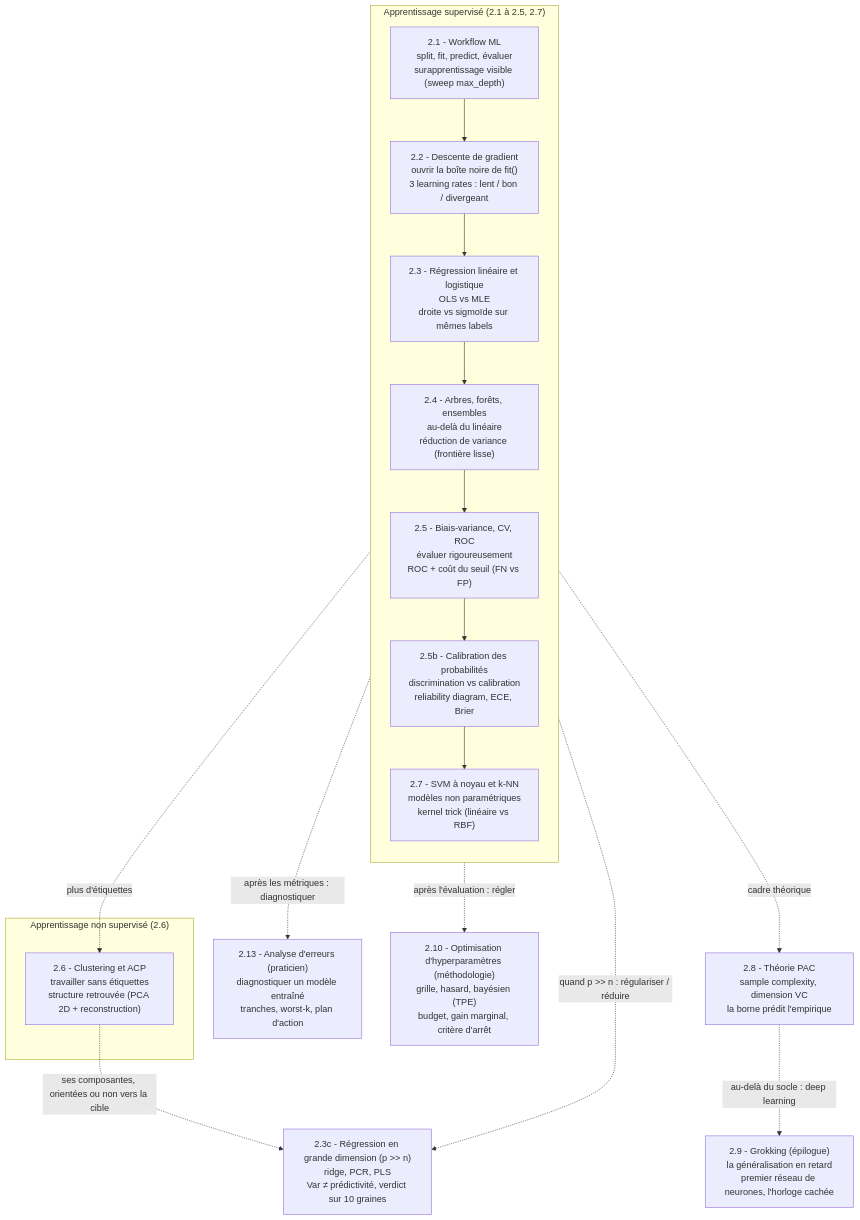
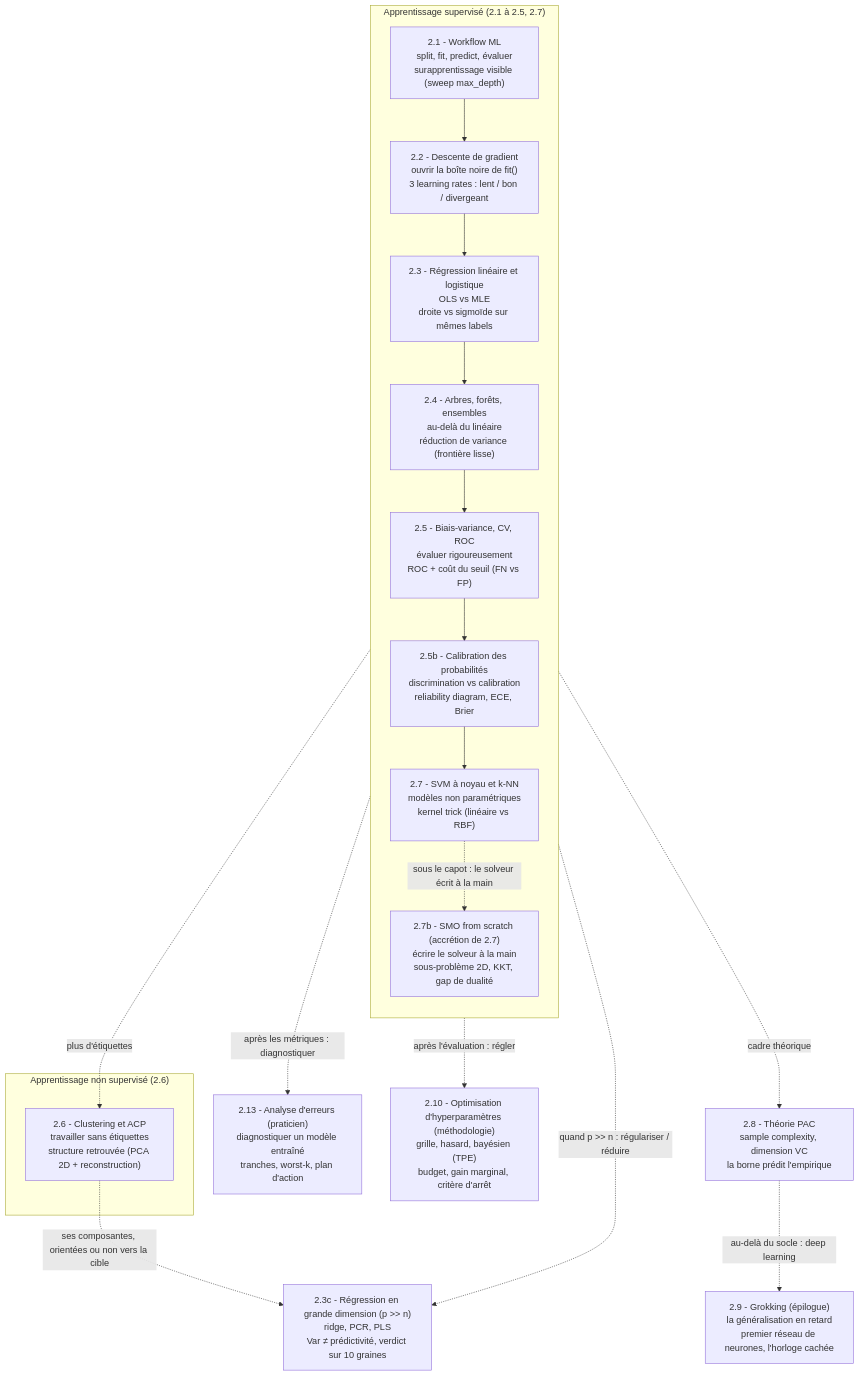
One commit to jsboige/CoursIA changed the diagram in MyIA.AI.Notebooks/ML/DataScienceWithAgents/02-ML-Cours/README.md. Above: the diagram before and after it, drawn with Mermaid. The commit also changed other lines of this file and 2 other files, not shown here.

First line of the commit message:
docs(ml,#16061): galerie, manifeste et navigation pour 2.7b SMO from scratch

````diff
--- a/MyIA.AI.Notebooks/ML/DataScienceWithAgents/02-ML-Cours/README.md
+++ b/MyIA.AI.Notebooks/ML/DataScienceWithAgents/02-ML-Cours/README.md
@@ -90,29 +95,31 @@
 ```mermaid
 flowchart TD
     subgraph SUP["Apprentissage supervisé (2.1 à 2.5, 2.7)"]
       direction TB
       A["2.1 - Workflow ML<br/>split, fit, predict, évaluer<br/>surapprentissage visible (sweep max_depth)"]
       B["2.2 - Descente de gradient<br/>ouvrir la boîte noire de fit()<br/>3 learning rates : lent / bon / divergeant"]
       C["2.3 - Régression linéaire et logistique<br/>OLS vs MLE<br/>droite vs sigmoïde sur mêmes labels"]
       D["2.4 - Arbres, forêts, ensembles<br/>au-delà du linéaire<br/>réduction de variance (frontière lisse)"]
       E["2.5 - Biais-variance, CV, ROC<br/>évaluer rigoureusement<br/>ROC + coût du seuil (FN vs FP)"]
       E2["2.5b - Calibration des probabilités<br/>discrimination vs calibration<br/>reliability diagram, ECE, Brier"]
       G["2.7 - SVM à noyau et k-NN<br/>modèles non paramétriques<br/>kernel trick (linéaire vs RBF)"]
+      M["2.7b - SMO from scratch (accrétion de 2.7)<br/>écrire le solveur à la main<br/>sous-problème 2D, KKT, gap de dualité"]
       A --> B --> C --> D --> E --> E2 --> G
+      G -. "sous le capot : le solveur écrit à la main" .-> M
     end
     subgraph UNSUP["Apprentissage non supervisé (2.6)"]
       F["2.6 - Clustering et ACP<br/>travailler sans étiquettes<br/>structure retrouvée (PCA 2D + reconstruction)"]
     end
     H["2.8 - Théorie PAC<br/>sample complexity, dimension VC<br/>la borne prédit l'empirique"]
     I["2.9 - Grokking (épilogue)<br/>la généralisation en retard<br/>premier réseau de neurones, l'horloge cachée"]
     E -. "plus d'étiquettes" .-> F
     E -. "cadre théorique" .-> H
     H -. "au-delà du socle : deep learning" .-> I
     J["2.13 - Analyse d'erreurs (praticien)<br/>diagnostiquer un modèle entraîné<br/>tranches, worst-k, plan d'action"]
     E -. "après les métriques : diagnostiquer" .-> J
     K["2.10 - Optimisation d'hyperparamètres (méthodologie)<br/>grille, hasard, bayésien (TPE)<br/>budget, gain marginal, critère d'arrêt"]
     E -. "après l'évaluation : régler" .-> K
     L["2.3c - Régression en grande dimension (p >> n)<br/>ridge, PCR, PLS<br/>Var ≠ prédictivité, verdict sur 10 graines"]
     C -. "quand p >> n : régulariser / réduire" .-> L
     F -. "ses composantes, orientées ou non vers la cible" .-> L
 ```
````
